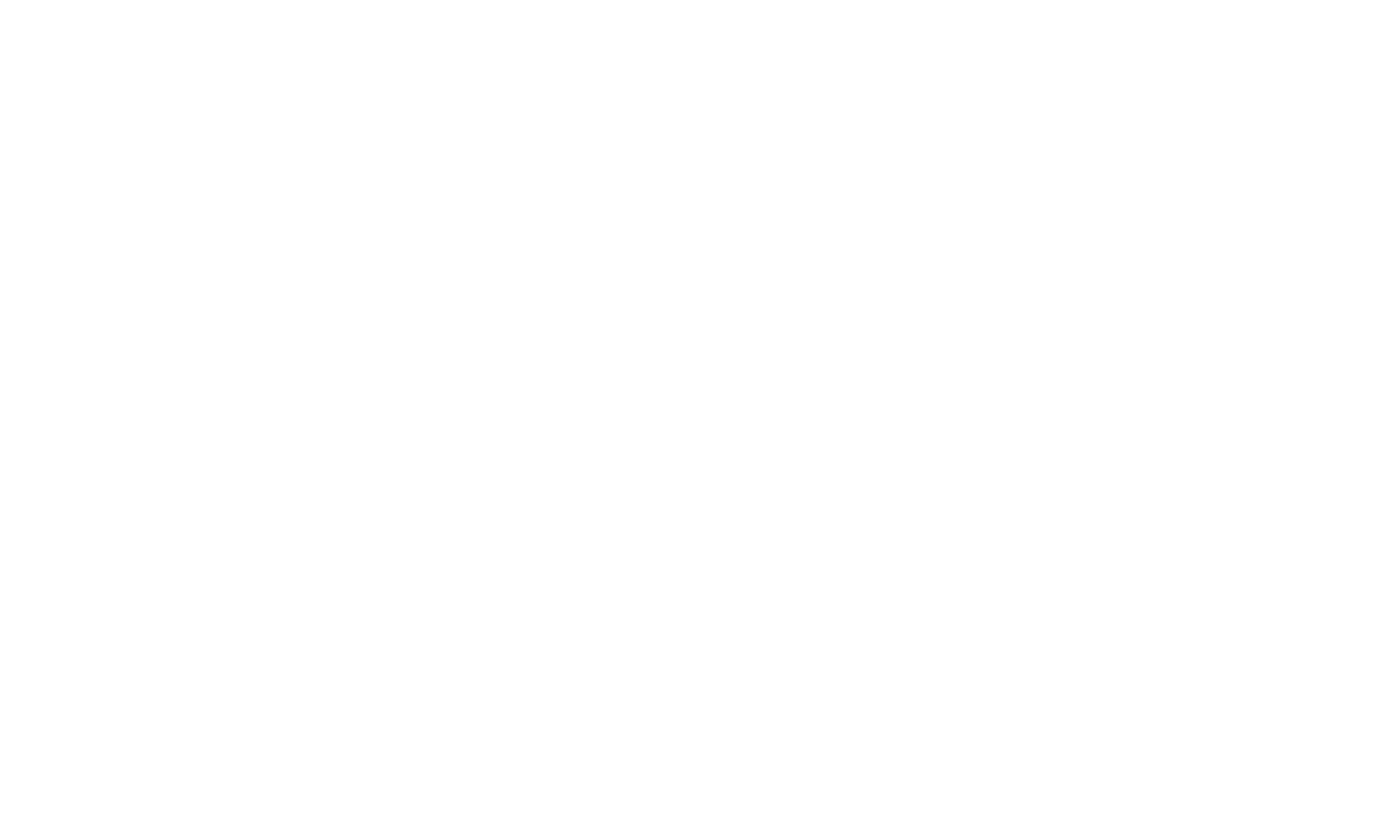
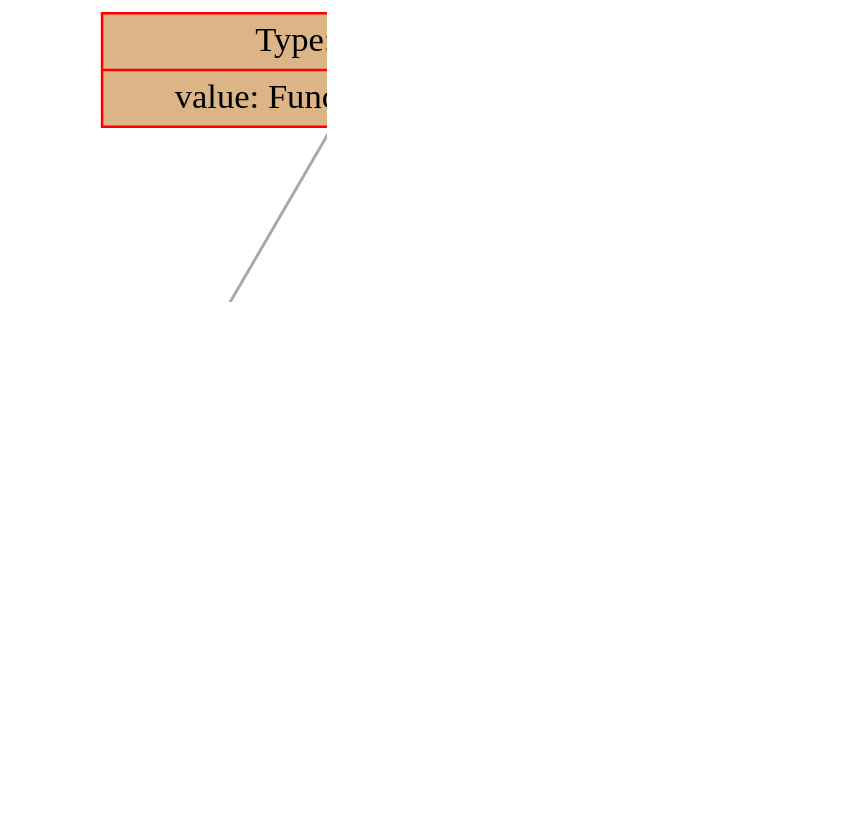
One commit to dodokek/ProgrammingLanguage changed the diagram in backend/data/graph.dot. Above: the diagram before and after it, drawn with Graphviz. The commit also changed 6 other files, not shown here.

```diff
--- a/backend/data/graph.dot
+++ b/backend/data/graph.dot
@@ -1,31 +1,25 @@
 
     digraph g {
         dpi      = 200;
         fontname = "Comic Sans MS";
         fontsize = 20;
         rankdir   =  TB;
         edge [color = darkgrey, arrowhead = onormal, arrowsize = 1, penwidth = 1.2]
         graph[fillcolor = lightgreen, ranksep = 1.3, nodesep = 0.5,
         style = "rounded, filled",color = green, penwidth = 2]
 
-    Node000002be9ce618a0[shape=record, width=0.2, style="filled", color="red", fillcolor="#DBB585",label=" {Type: operation | value: if}"] 
+    Node00000220cef61840[shape=record, width=0.2, style="filled", color="red", fillcolor="#DBB585",label=" {Type: operation | value: Function declaration}"] 
  
-Node000002be9ce617e0[shape=record, width=0.2, style="filled", color="red", fillcolor="#DBB585",label=" {Type: operation | value: ==}"] 
+Node00000220cef61780[shape=record, width=0.2, style="filled", color="red", fillcolor="#19DB27",label=" {Function name |Name: main}"] 
  
-Node000002be9ce61780[shape=record, width=0.2, style="filled", color="red", fillcolor="#DB8E21",label=" {Type: number | value: 1}"] 
+Node00000220cef61810[shape=record, width=0.2, style="filled", color="red", fillcolor="#DBB585",label=" {Type: operation | value: +}"] 
  
-Node000002be9ce617b0[shape=record, width=0.2, style="filled", color="red", fillcolor="#DB8E21",label=" {Type: number | value: 2}"] 
+Node00000220cef617b0[shape=record, width=0.2, style="filled", color="red", fillcolor="#DB8E21",label=" {Type: number | value: 1}"] 
  
-Node000002be9ce61870[shape=record, width=0.2, style="filled", color="red", fillcolor="#DBB585",label=" {Type: operation | value: else}"] 
+Node00000220cef617e0[shape=record, width=0.2, style="filled", color="red", fillcolor="#DB8E21",label=" {Type: number | value: 1}"] 
  
-Node000002be9ce61810[shape=record, width=0.2, style="filled", color="red", fillcolor="#DB8E21",label=" {Type: number | value: 3}"] 
- 
-Node000002be9ce61840[shape=record, width=0.2, style="filled", color="red", fillcolor="#DB8E21",label=" {Type: number | value: 4}"] 
- 
-Node000002be9ce618a0->Node000002be9ce617e0
-Node000002be9ce617e0->Node000002be9ce61780
-Node000002be9ce617e0->Node000002be9ce617b0
-Node000002be9ce618a0->Node000002be9ce61870
-Node000002be9ce61870->Node000002be9ce61810
-Node000002be9ce61870->Node000002be9ce61840
+Node00000220cef61840->Node00000220cef61780
+Node00000220cef61840->Node00000220cef61810
+Node00000220cef61810->Node00000220cef617b0
+Node00000220cef61810->Node00000220cef617e0
 }
```
